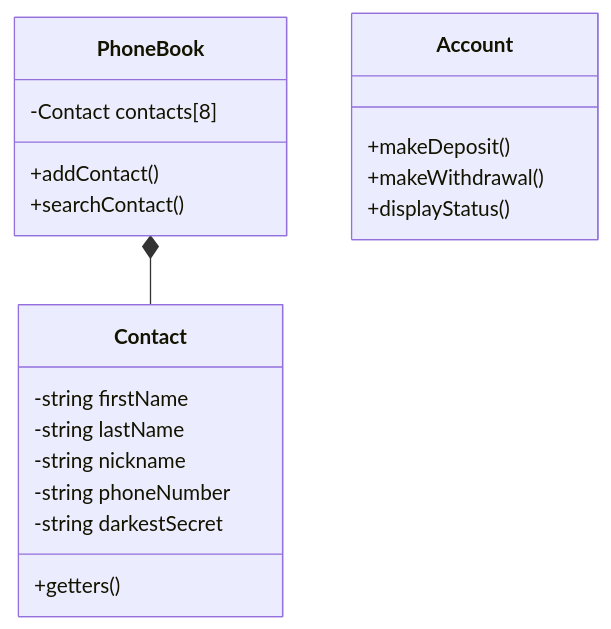
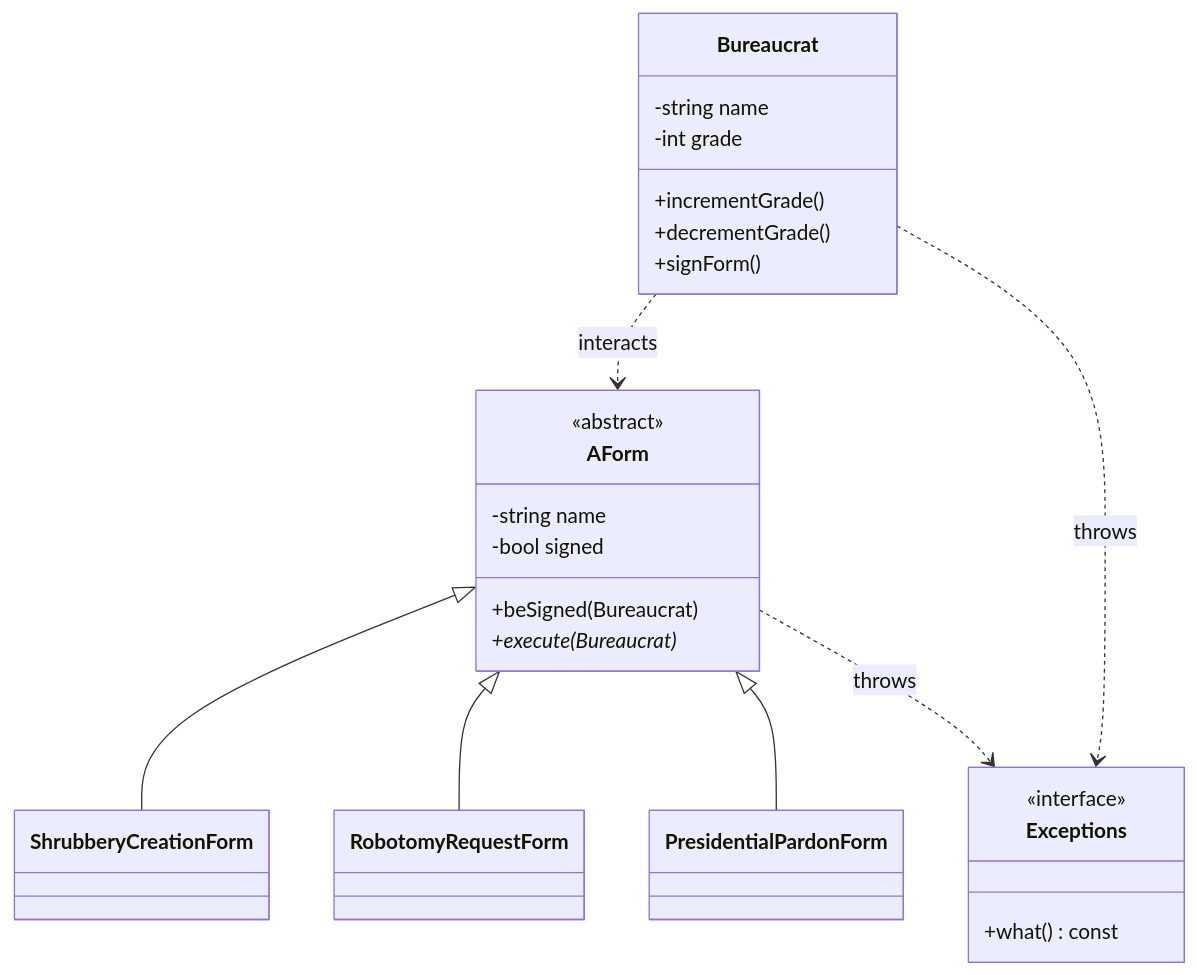
One commit to LLuisPP/42Cursus changed the first of 5 diagrams in cpp5-9/README.md. Above: the diagram before and after it, drawn with Mermaid. The commit also changed other lines of this file, not shown here.

````diff
--- a/cpp5-9/README.md
+++ b/cpp5-9/README.md
@@ -103,26 +103,28 @@
 ```mermaid
 classDiagram
-    class PhoneBook {
-        -Contact contacts[8]
-        +addContact()
-        +searchContact()
+    class Bureaucrat {
+        -string name
+        -int grade
+        +incrementGrade()
+        +decrementGrade()
+        +signForm()
     }
-
-    class Contact {
-        -string firstName
-        -string lastName
-        -string nickname
-        -string phoneNumber
-        -string darkestSecret
-        +getters()
+    class AForm {
+        <<abstract>>
+        -string name
+        -bool signed
+        +beSigned(Bureaucrat)
+        +execute(Bureaucrat)*
     }
-
-    class Account {
-        +makeDeposit()
-        +makeWithdrawal()
-        +displayStatus()
+    class Exceptions {
+        <<interface>>
+        +what() const
     }
-
-    PhoneBook *-- Contact
+    Bureaucrat ..> AForm : interacts
+    AForm <|-- ShrubberyCreationForm
+    AForm <|-- RobotomyRequestForm
+    AForm <|-- PresidentialPardonForm
+    AForm ..> Exceptions : throws
+    Bureaucrat ..> Exceptions : throws
 
 ```
````
